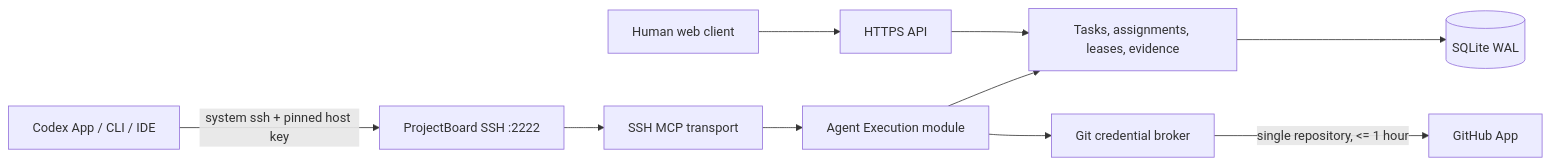
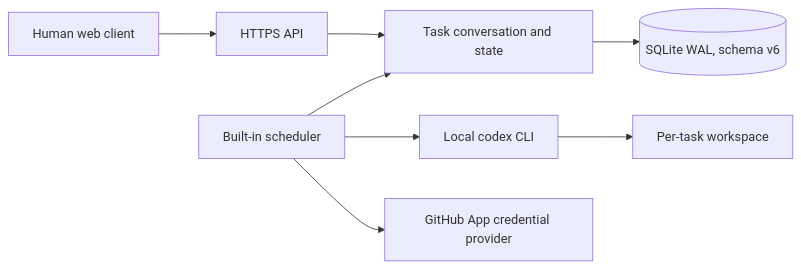
One commit to backinfile/ProjectBoard changed the diagram in docs/ARCHITECTURE.md. Above: the diagram before and after it, drawn with Mermaid. The commit also changed other lines of this file and 32 other files, not shown here.

Commit message:
feat: run project agents through local codex

````diff
--- a/docs/ARCHITECTURE.md
+++ b/docs/ARCHITECTURE.md
@@ -3,12 +3,10 @@
 ```mermaid
 flowchart LR
-  C["Codex App / CLI / IDE"] -->|"system ssh + pinned host key"| S["ProjectBoard SSH :2222"]
-  S --> M["SSH MCP transport"]
-  M --> E["Agent Execution module"]
-  E --> Q["Tasks, assignments, leases, evidence"]
-  E --> B["Git credential broker"]
-  B -->|"single repository, <= 1 hour"| G["GitHub App"]
-  H["Human web client"] --> W["HTTPS API"]
-  W --> Q
-  Q --> D[("SQLite WAL")]
+  H["Human web client"] --> A["HTTPS API"]
+  A --> Q["Task conversation and state"]
+  S["Built-in scheduler"] --> Q
+  S --> C["Local codex CLI"]
+  C --> W["Per-task workspace"]
+  S --> G["GitHub App credential provider"]
+  Q --> D[("SQLite WAL, schema v6")]
 ```
````
